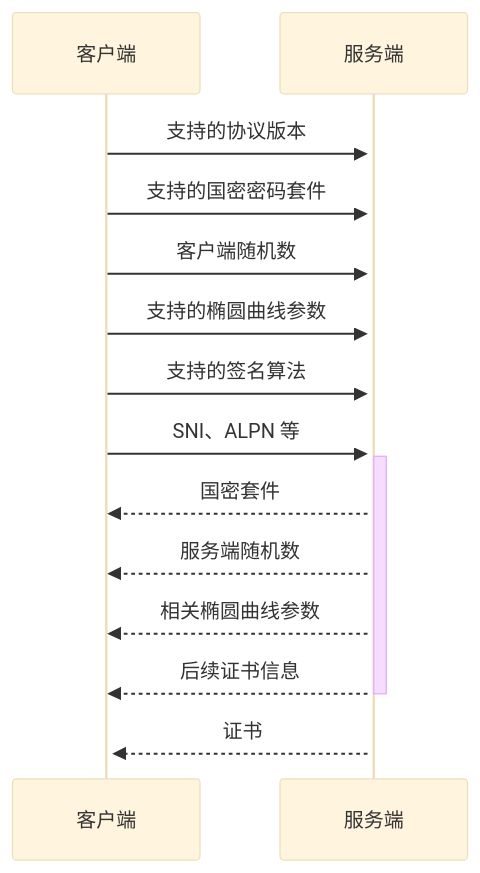
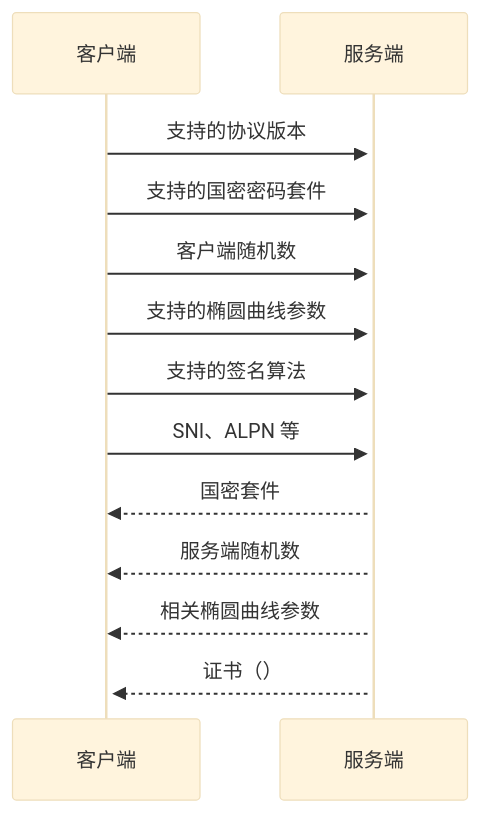
The diagram in all/未命名-1.md (HY-10-8/iodraw-files), drawn with Mermaid (base theme) before and after one commit.

Commit message:
2026-03-24 10:02:29 update

````diff
--- a/all/未命名-1.md
+++ b/all/未命名-1.md
@@ -1,18 +1,17 @@
 ```mermaid
 sequenceDiagram
     客户端->>+服务端: 支持的协议版本
     客户端->>服务端: 支持的国密密码套件
     客户端->>服务端: 客户端随机数
     客户端->>服务端: 支持的椭圆曲线参数
     客户端->>服务端: 支持的签名算法
     客户端->>+服务端: SNI、ALPN 等
 
     服务端-->>客户端: 国密套件
     服务端-->>客户端: 服务端随机数
     服务端-->>客户端: 相关椭圆曲线参数
-    服务端-->>-客户端: 后续证书信息
 
-    服务端-->>+客户端: 证书
-    
+    服务端-->>+客户端: 证书（）
+
             
 ```
````
